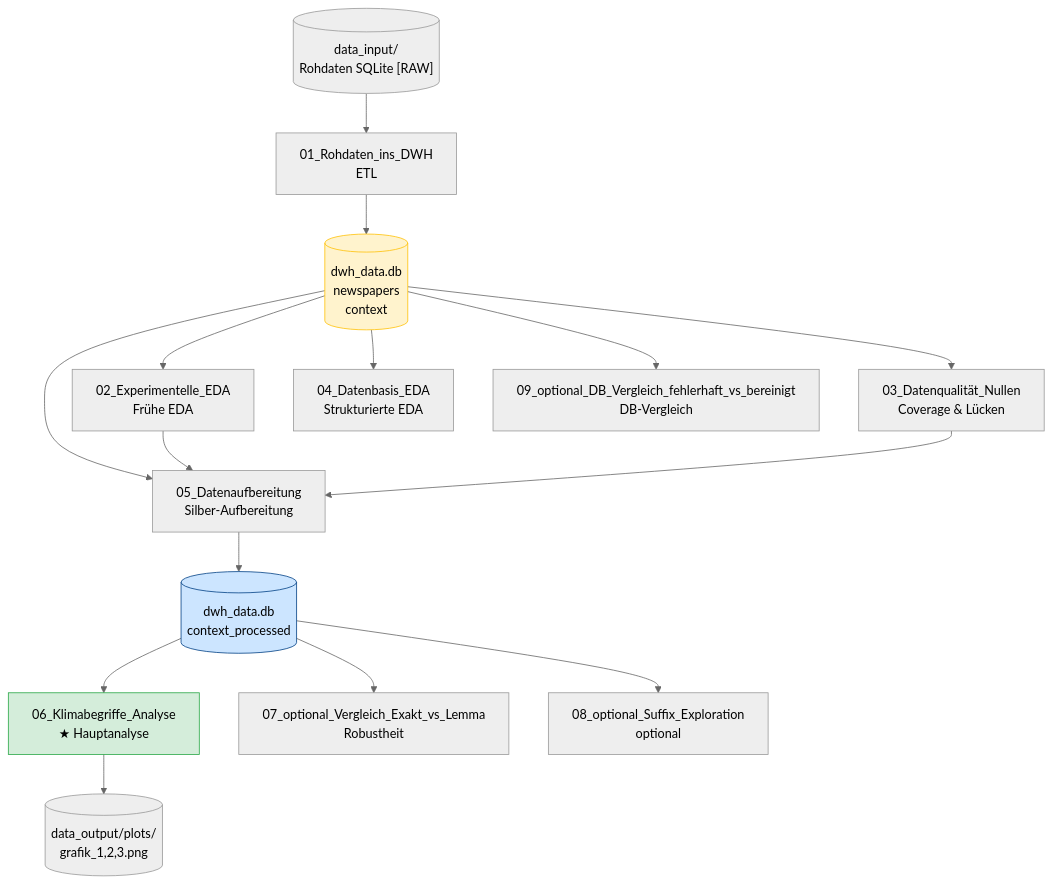
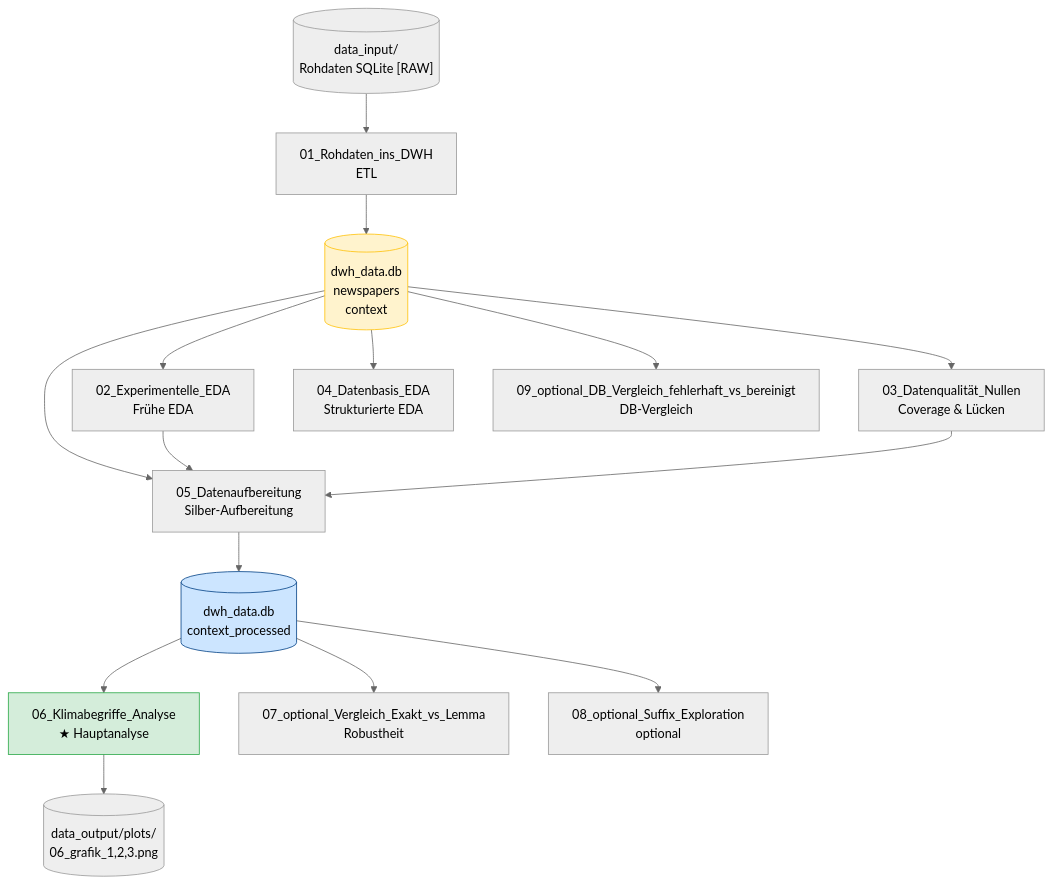
One commit to butburg/wortwandel changed the diagram in non_code/ER_Datenmodell.md. Above: the diagram before and after it, drawn with Mermaid (neutral theme). The commit also changed 35 other files, not shown here.

````diff
--- a/non_code/ER_Datenmodell.md
+++ b/non_code/ER_Datenmodell.md
@@ -20,28 +20,28 @@
 ```mermaid
 flowchart TD
     RAW[("data_input/\nRohdaten SQLite [RAW]")]
 
     RAW --> NB01["01_Rohdaten_ins_DWH\nETL"]
     NB01 --> BRONZE[("dwh_data.db\nnewspapers\ncontext")]
 
     BRONZE --> NB02["02_Experimentelle_EDA\nFrühe EDA"]
     BRONZE --> NB03["03_Datenqualität_Nullen\nCoverage & Lücken"]
     BRONZE --> NB04["04_Datenbasis_EDA\nStrukturierte EDA"]
     BRONZE --> NB05["05_Datenaufbereitung\nSilber-Aufbereitung"]
 
     NB02 --> NB05
     NB03 --> NB05
 
     NB05 --> SILVER[("dwh_data.db\ncontext_processed")]
 
     SILVER --> NB06["06_Klimabegriffe_Analyse\n★ Hauptanalyse"]
     SILVER --> NB07["07_optional_Vergleich_Exakt_vs_Lemma\nRobustheit"]
     SILVER --> NB08["08_optional_Suffix_Exploration\noptional"]
     BRONZE --> NB09["09_optional_DB_Vergleich_fehlerhaft_vs_bereinigt\nDB-Vergleich"]
 
-    NB06 --> PLOTS[("data_output/plots/\ngrafik_1,2,3.png")]
+    NB06 --> PLOTS[("data_output/plots/\n06_grafik_1,2,3.png")]
 
     style NB06 fill:#d4edda,stroke:#28a745
     style BRONZE fill:#fff3cd,stroke:#ffc107
     style SILVER fill:#cce5ff,stroke:#004085
 ```
````
